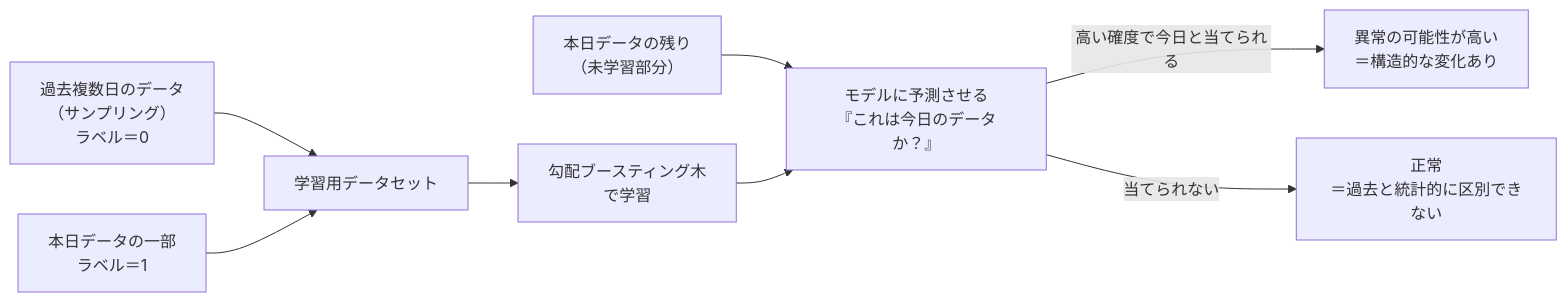
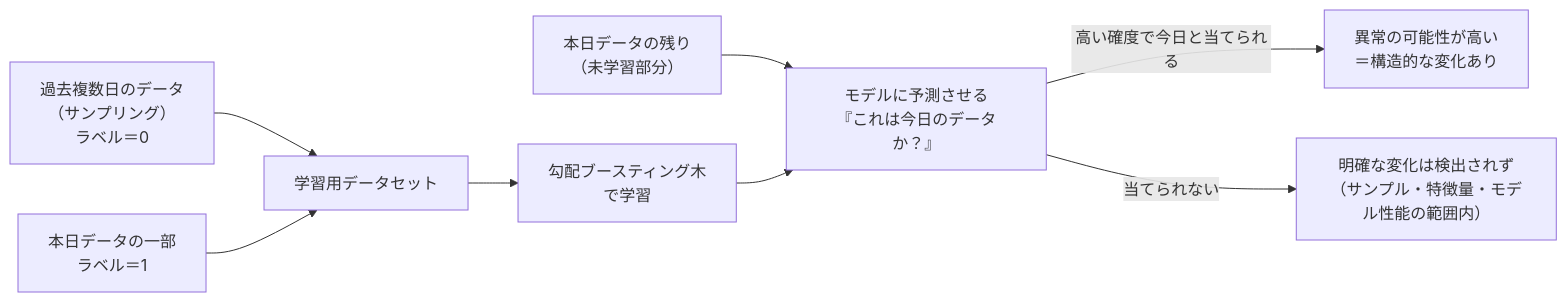
One commit to myoshi2891/Quality-Assurance-Studies changed the sixth of 13 diagrams in Automating-data-quality-monitoring-guide.md. Above: the diagram before and after it, drawn with Mermaid. The commit also changed other lines of this file, not shown here.

Commit message:
docs(data-quality): clarify anomaly detection interpretation in model evaluation

````diff
--- a/Automating-data-quality-monitoring-guide.md
+++ b/Automating-data-quality-monitoring-guide.md
@@ -249,10 +249,10 @@
 ```mermaid
 flowchart LR
     past["過去複数日のデータ<br/>（サンプリング）<br/>ラベル＝0"] --> train["学習用データセット"]
     todayTrain["本日データの一部<br/>ラベル＝1"] --> train
     train --> model["勾配ブースティング木<br/>で学習"]
     todayRest["本日データの残り<br/>（未学習部分）"] --> predict["モデルに予測させる<br/>『これは今日のデータか？』"]
     model --> predict
     predict -->|高い確度で今日と当てられる| anomaly["異常の可能性が高い<br/>＝構造的な変化あり"]
-    predict -->|当てられない| ok["正常<br/>＝過去と統計的に区別できない"]
+    predict -->|当てられない| ok["明確な変化は検出されず<br/>（サンプル・特徴量・モデル性能の範囲内）"]
 ```
````
